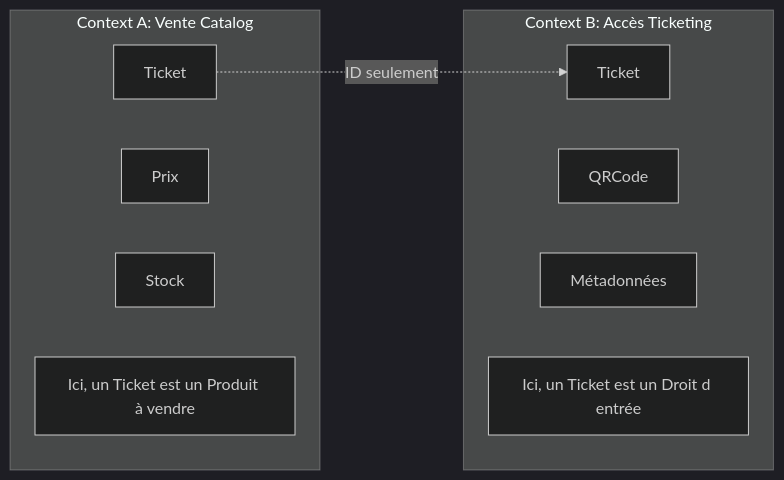
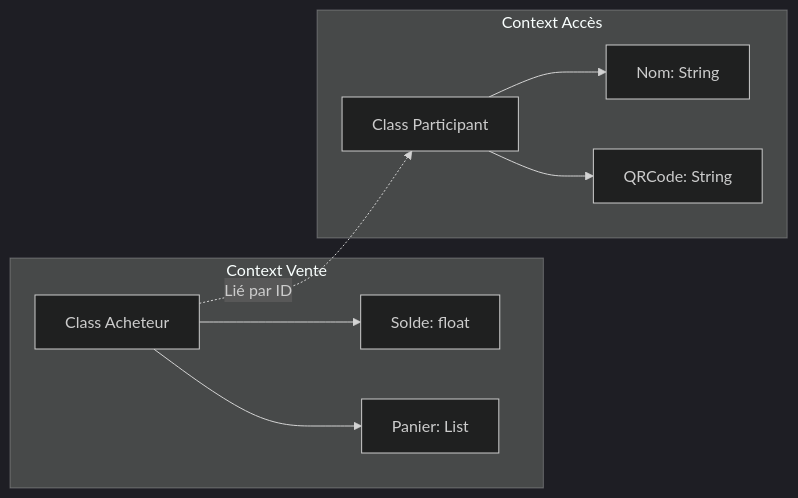
Before and after one commit to frderoubaix/path-to-production: the first of 3 diagrams in slides/getting_started/_posts/0000-1-1-03_Projet.md, drawn with Mermaid (dark theme). The commit also changed other lines of this file, not shown here.

````diff
--- a/slides/getting_started/_posts/0000-1-1-03_Projet.md
+++ b/slides/getting_started/_posts/0000-1-1-03_Projet.md
@@ -112,16 +153,16 @@
-```mermaid
+<pre class="mermaid">
 flowchart LR
-subgraph ContextA [Context A: Vente Catalog]
-    T1[Ticket]
-    P1[Prix]
-    S1[Stock]
-    Note1[Ici, un Ticket est un Produit à vendre]
-end
-subgraph ContextB [Context B: Accès Ticketing]
-    T2[Ticket]
-    Q[QRCode]
-    M[Métadonnées]
-    Note2[Ici, un Ticket est un Droit d entrée]
-end
-T1 -.->|ID seulement| T2
-```
+    subgraph Context_Vente [Context Vente]
+        A[Class Acheteur]
+        A --> B[Solde: float]
+        A --> C[Panier: List]
+    end
+
+    subgraph Context_Acces [Context Accès]
+        P[Class Participant]
+        P --> N[Nom: String]
+        P --> Q[QRCode: String]
+    end
+
+    A -.->|Lié par ID| P
+</pre>
````
